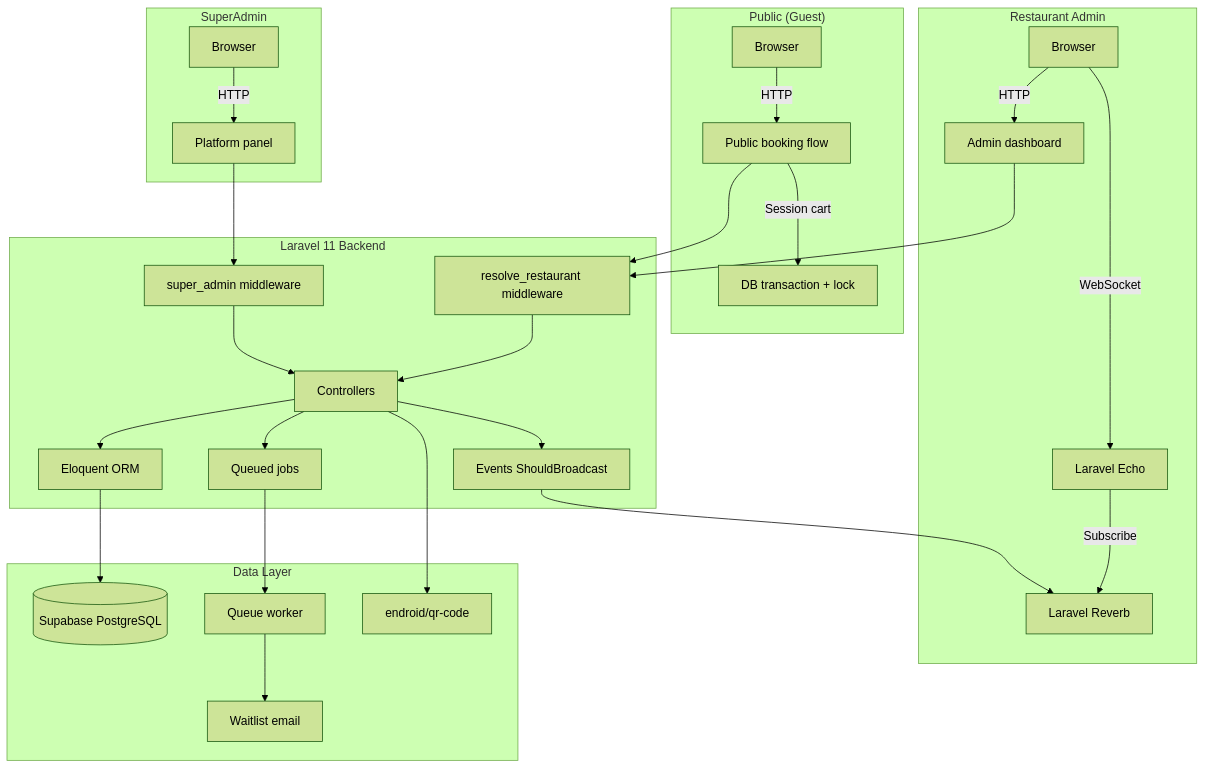
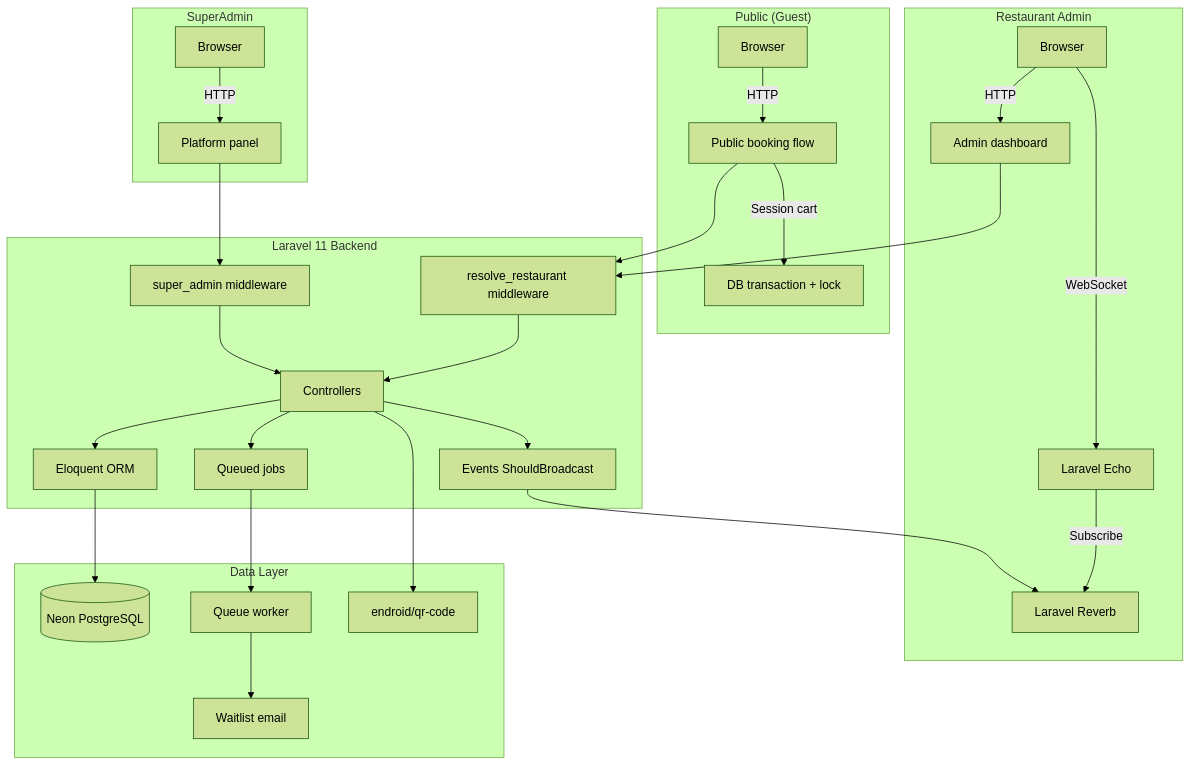
The diagram in README.md (AlexAhmanHV/VenueFlow), drawn with Mermaid (forest theme) before and after one commit. The commit also changed other lines of this file and 1 other file, not shown here.

First line of the commit message:
docs: migrate database docs from Supabase to Neon

````diff
--- a/README.md
+++ b/README.md
@@ -11,36 +11,36 @@
 ```mermaid
 graph TB
     subgraph Public["Public (Guest)"]
         G[Browser] -->|HTTP| PUB[Public booking flow]
         PUB -->|Session cart| LOCK[DB transaction + lock]
     end
 
     subgraph Admin["Restaurant Admin"]
         A[Browser] -->|HTTP| ADM[Admin dashboard]
         A -->|WebSocket| ECHO[Laravel Echo]
         ECHO -->|Subscribe| REV[Laravel Reverb]
     end
 
     subgraph Platform["SuperAdmin"]
         S[Browser] -->|HTTP| PLAT[Platform panel]
     end
 
     subgraph Backend["Laravel 11 Backend"]
         PUB --> MW[resolve_restaurant middleware]
         ADM --> MW
         PLAT --> SUPE[super_admin middleware]
         MW --> CTRL[Controllers]
         SUPE --> CTRL
         CTRL --> ORM[Eloquent ORM]
         CTRL --> EV[Events ShouldBroadcast]
         CTRL --> JOB[Queued jobs]
         EV --> REV
     end
 
     subgraph Data["Data Layer"]
-        ORM --> DB[(Supabase PostgreSQL)]
+        ORM --> DB[(Neon PostgreSQL)]
         JOB --> QUEUE[Queue worker]
         QUEUE --> MAIL[Waitlist email]
         CTRL --> QR[endroid/qr-code]
     end
 ```
````
